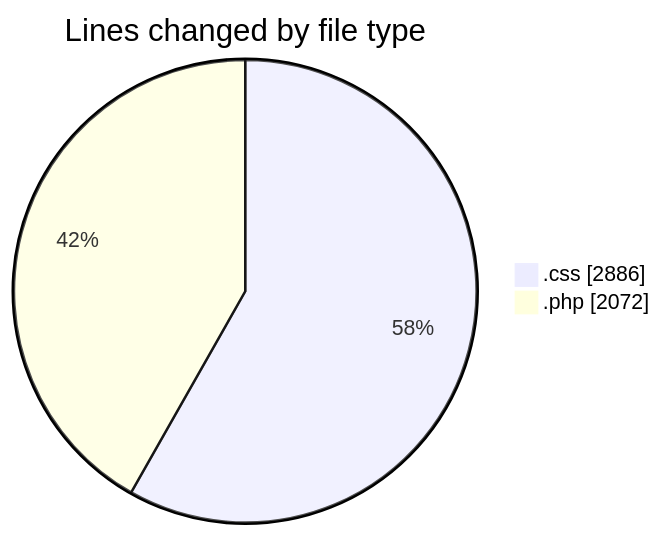
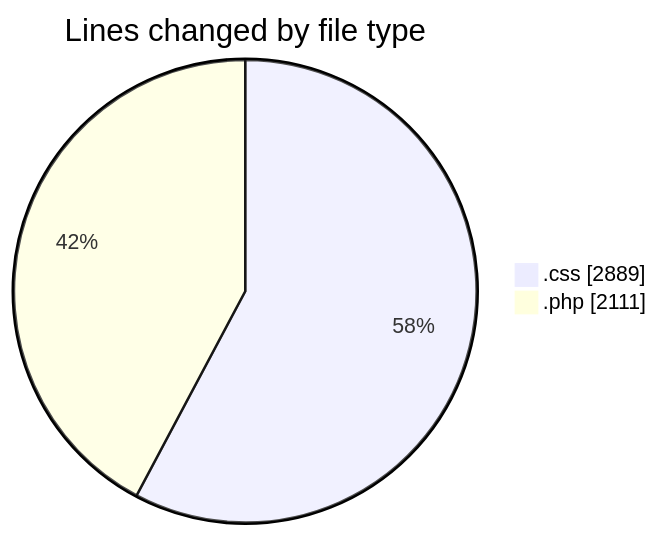
The first of 2 diagrams in 2026-03-17/plugins__workspace_/README.md (debugP/code-tracking), drawn with Mermaid before and after one commit. The commit also changed other lines of this file and 1 other file, not shown here.

````diff
--- a/2026-03-17/plugins__workspace_/README.md
+++ b/2026-03-17/plugins__workspace_/README.md
@@ -21,6 +21,6 @@
 ```mermaid
 pie showData
 title Lines changed by file type
-".css" : 2886
-".php" : 2072
+".css" : 2889
+".php" : 2111
 ```
````
